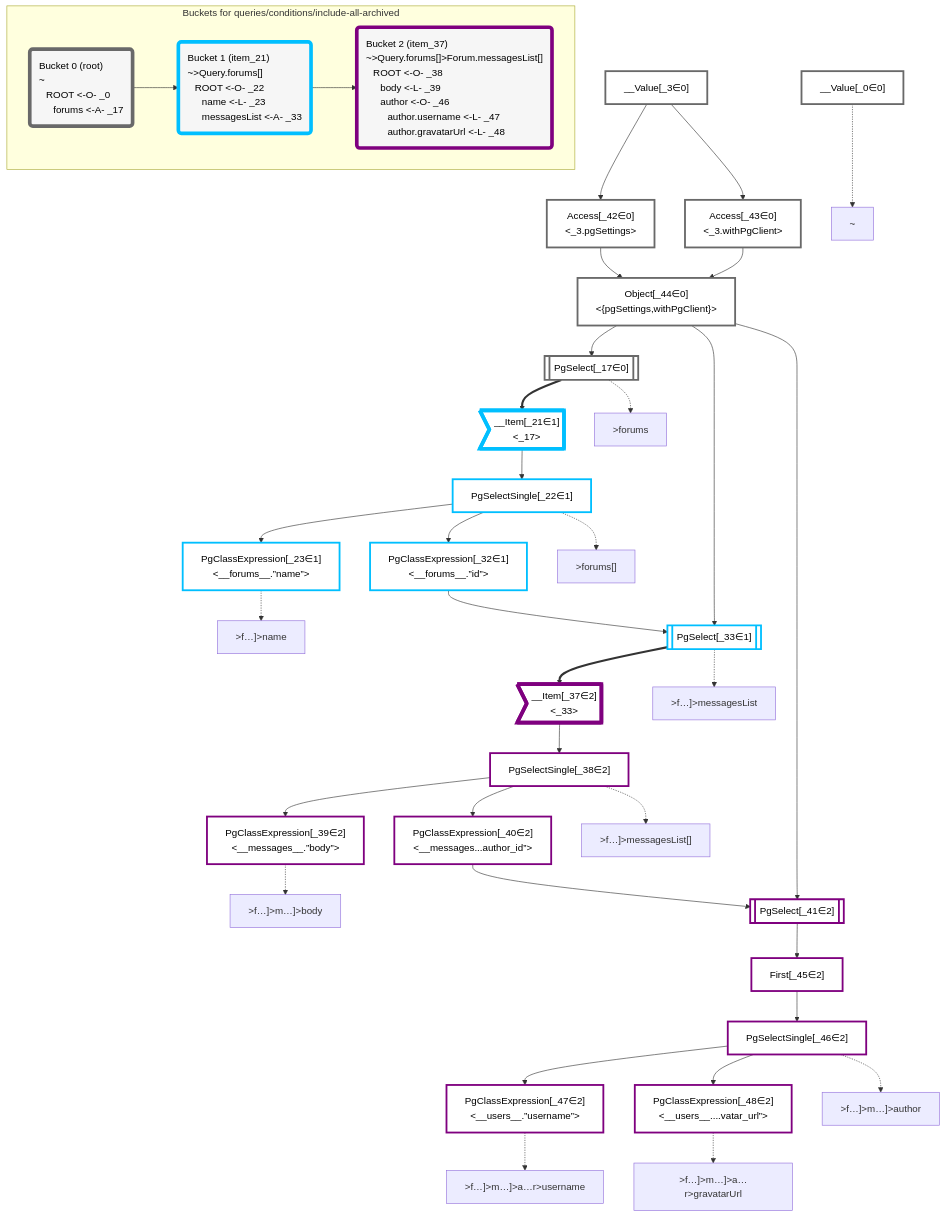
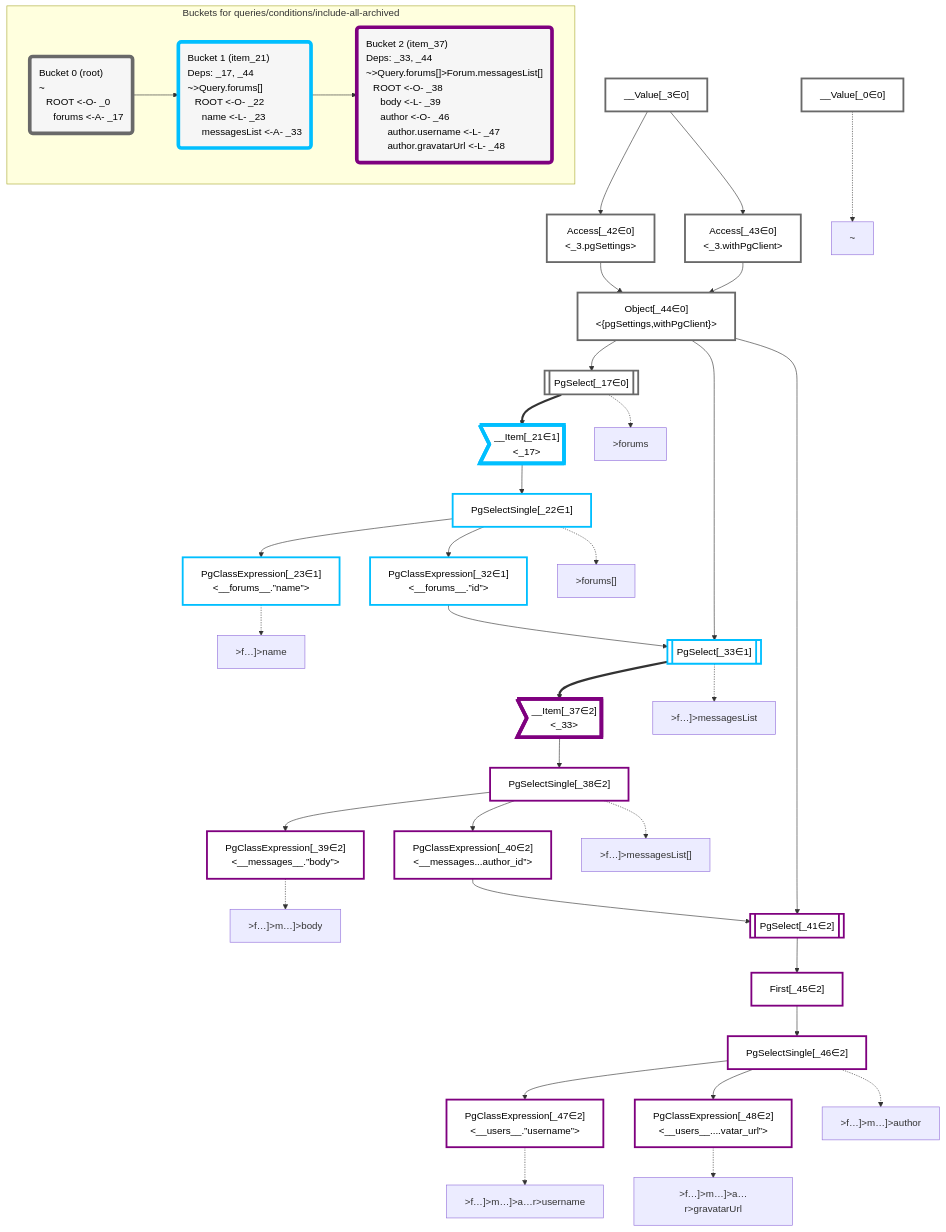
The diagram in packages/dataplan-pg/__tests__/queries/conditions/include-all-archived.deopt.mermaid.md (graphile/crystal), drawn with Mermaid before and after one commit. The commit also changed 157 other files, not shown here.

Commit message:
Add deps to all query snapshots

```diff
--- a/packages/dataplan-pg/__tests__/queries/conditions/include-all-archived.deopt.mermaid.md
+++ b/packages/dataplan-pg/__tests__/queries/conditions/include-all-archived.deopt.mermaid.md
@@ -85,10 +85,10 @@
     subgraph "Buckets for queries/conditions/include-all-archived"
     Bucket0("Bucket 0 (root)<br />~<br />⠀ROOT <-O- _0<br />⠀⠀forums <-A- _17"):::bucket
     style Bucket0 stroke:#696969
-    Bucket1("Bucket 1 (item_21)<br />~>Query.forums[]<br />⠀ROOT <-O- _22<br />⠀⠀name <-L- _23<br />⠀⠀messagesList <-A- _33"):::bucket
+    Bucket1("Bucket 1 (item_21)<br />Deps: _17, _44<br />~>Query.forums[]<br />⠀ROOT <-O- _22<br />⠀⠀name <-L- _23<br />⠀⠀messagesList <-A- _33"):::bucket
     style Bucket1 stroke:#00bfff
     Bucket0 --> Bucket1
-    Bucket2("Bucket 2 (item_37)<br />~>Query.forums[]>Forum.messagesList[]<br />⠀ROOT <-O- _38<br />⠀⠀body <-L- _39<br />⠀⠀author <-O- _46<br />⠀⠀⠀author.username <-L- _47<br />⠀⠀⠀author.gravatarUrl <-L- _48"):::bucket
+    Bucket2("Bucket 2 (item_37)<br />Deps: _33, _44<br />~>Query.forums[]>Forum.messagesList[]<br />⠀ROOT <-O- _38<br />⠀⠀body <-L- _39<br />⠀⠀author <-O- _46<br />⠀⠀⠀author.username <-L- _47<br />⠀⠀⠀author.gravatarUrl <-L- _48"):::bucket
     style Bucket2 stroke:#7f007f
     Bucket1 --> Bucket2
     end
```
